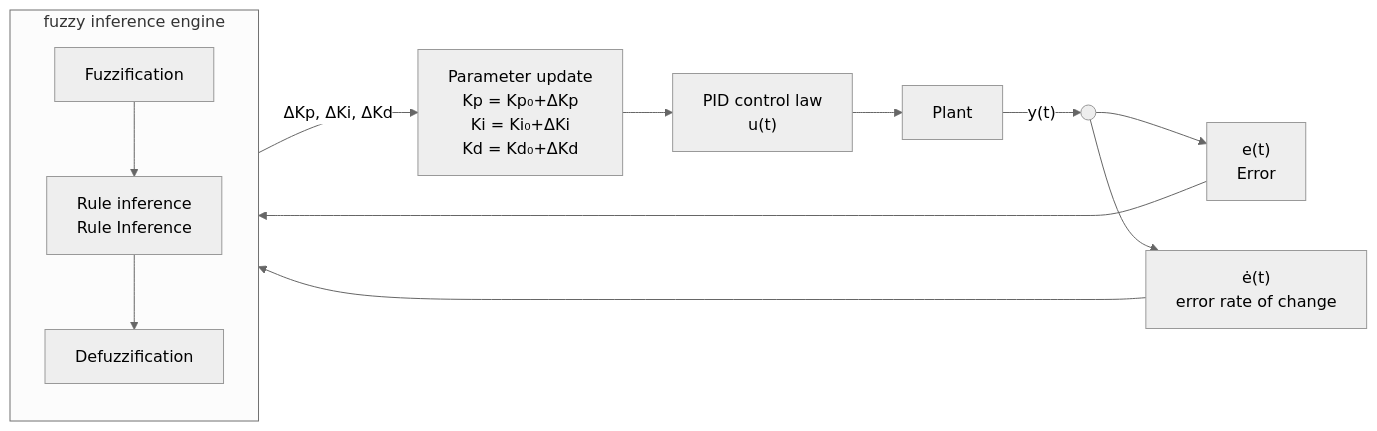
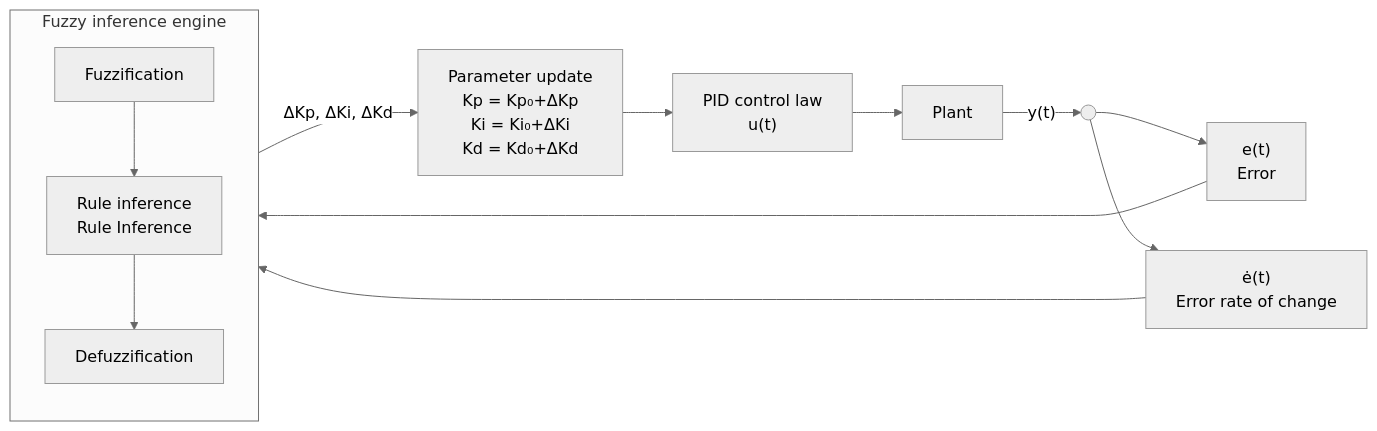
Diagram 13 of 18 in _translations/en/research/Robot-Navigation-Survey.md (TingdeLiu/tingdeliu.github.io), drawn with Mermaid (neutral theme) before and after one commit. The commit also changed other lines of this file and 51 other files, not shown here.

````diff
--- a/_translations/en/research/Robot-Navigation-Survey.md
+++ b/_translations/en/research/Robot-Navigation-Survey.md
@@ -2411,15 +2411,15 @@
 ```mermaid
 flowchart LR
     E["e(t)\nError"] --> FIS
-    DE["ė(t)\nerror rate of change"] --> FIS
-    subgraph FIS["fuzzy inference engine"]
+    DE["ė(t)\nError rate of change"] --> FIS
+    subgraph FIS["Fuzzy inference engine"]
         F1["Fuzzification"] --> F2["Rule inference\nRule Inference"]
         F2 --> F3["Defuzzification"]
     end
     FIS -->|ΔKp, ΔKi, ΔKd| ADD["Parameter update\nKp = Kp₀+ΔKp\nKi = Ki₀+ΔKi\nKd = Kd₀+ΔKd"]
     ADD --> PID["PID control law\nu(t)"]
     PID --> Plant["Plant"]
     Plant -->|"y(t)"| FB(( ))
     FB --> E
     FB --> DE
 ```
````
